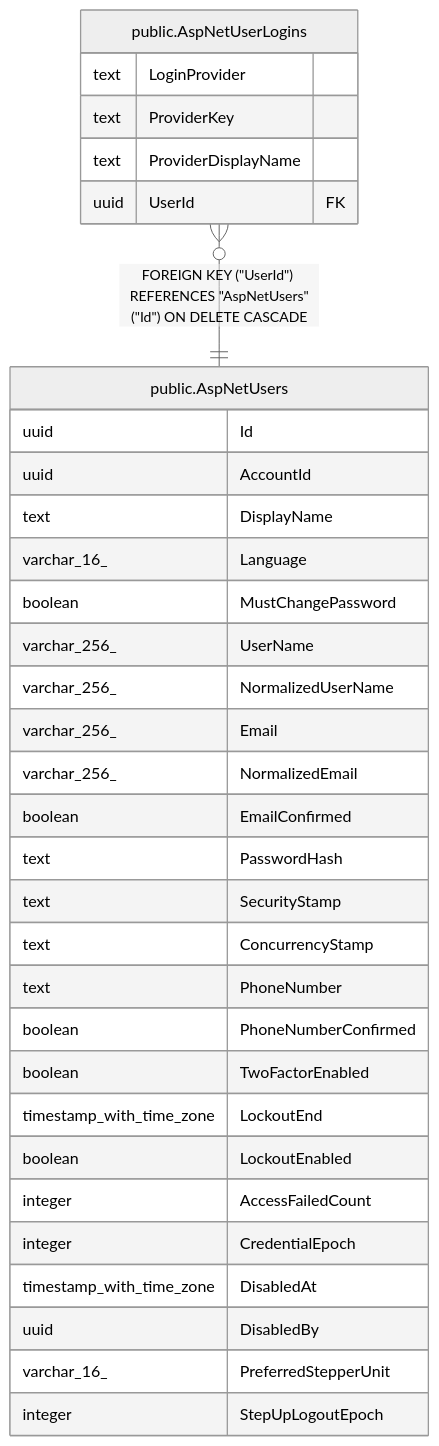
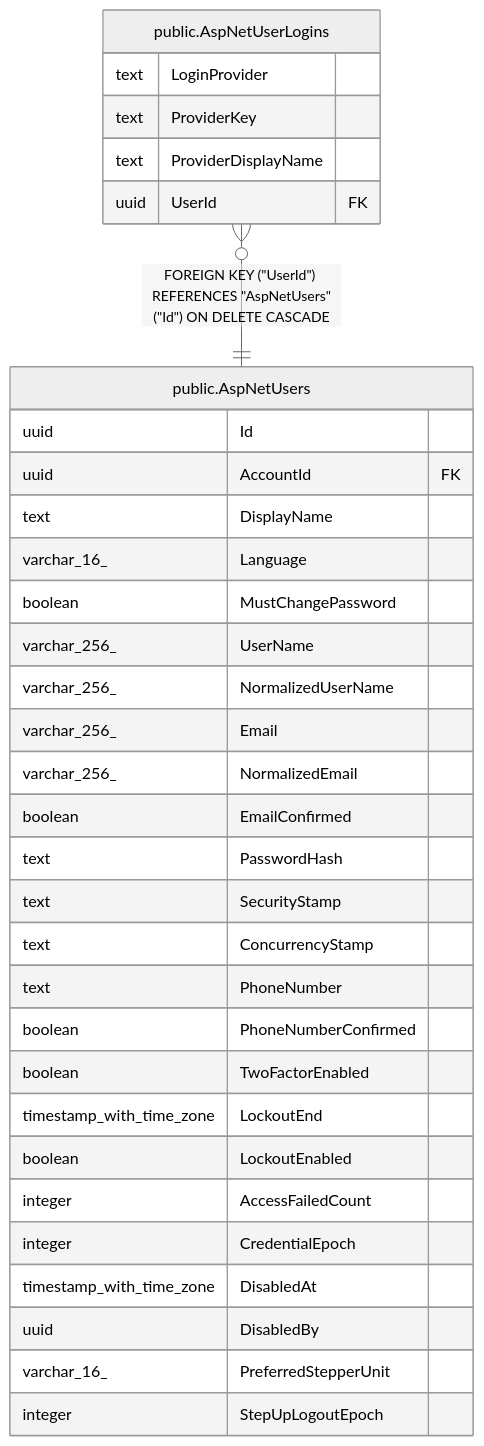
One commit to mforce/cluckwork changed the diagram in docs/schema/public.AspNetUserLogins.md. Above: the diagram before and after it, drawn with Mermaid (neutral theme). The commit also changed 104 other files, not shown here.

````diff
--- a/docs/schema/public.AspNetUserLogins.md
+++ b/docs/schema/public.AspNetUserLogins.md
@@ -37,38 +37,38 @@
 ```mermaid
 erDiagram
 
 "public.AspNetUserLogins" }o--|| "public.AspNetUsers" : "FOREIGN KEY (#quot;UserId#quot;) REFERENCES #quot;AspNetUsers#quot;(#quot;Id#quot;) ON DELETE CASCADE"
 
 "public.AspNetUserLogins" {
   text LoginProvider
   text ProviderKey
   text ProviderDisplayName
   uuid UserId FK
 }
 "public.AspNetUsers" {
   uuid Id
-  uuid AccountId
+  uuid AccountId FK
   text DisplayName
   varchar_16_ Language
   boolean MustChangePassword
   varchar_256_ UserName
   varchar_256_ NormalizedUserName
   varchar_256_ Email
   varchar_256_ NormalizedEmail
   boolean EmailConfirmed
   text PasswordHash
   text SecurityStamp
   text ConcurrencyStamp
   text PhoneNumber
   boolean PhoneNumberConfirmed
   boolean TwoFactorEnabled
   timestamp_with_time_zone LockoutEnd
   boolean LockoutEnabled
   integer AccessFailedCount
   integer CredentialEpoch
   timestamp_with_time_zone DisabledAt
   uuid DisabledBy
   varchar_16_ PreferredStepperUnit
   integer StepUpLogoutEpoch
 }
 ```
````
